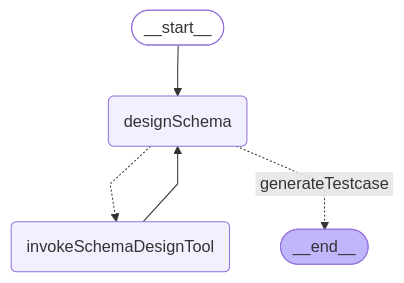
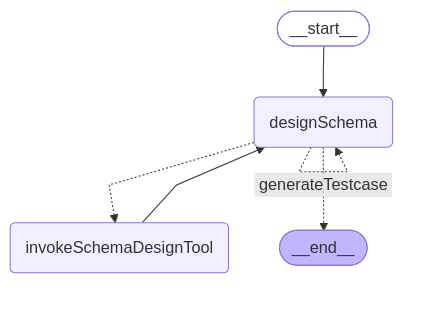
One commit to yzkee/liam changed the fourth of 6 diagrams in frontend/internal-packages/agent/README.md. Above: the diagram before and after it, drawn with Mermaid. The commit also changed 9 other files, not shown here.

````diff
--- a/frontend/internal-packages/agent/README.md
+++ b/frontend/internal-packages/agent/README.md
@@ -169,15 +169,16 @@
 ```mermaid
 %%{init: {'flowchart': {'curve': 'linear'}}}%%
 graph TD;
 	__start__([<p>__start__</p>]):::first
 	designSchema(designSchema)
 	invokeSchemaDesignTool(invokeSchemaDesignTool)
 	__end__([<p>__end__</p>]):::last
 	__start__ --> designSchema;
 	invokeSchemaDesignTool --> designSchema;
 	designSchema -.-> invokeSchemaDesignTool;
 	designSchema -. &nbsp;generateTestcase&nbsp; .-> __end__;
+	designSchema -.-> designSchema;
 	classDef default fill:#f2f0ff,line-height:1.2;
 	classDef first fill-opacity:0;
 	classDef last fill:#bfb6fc;
 ```
````
